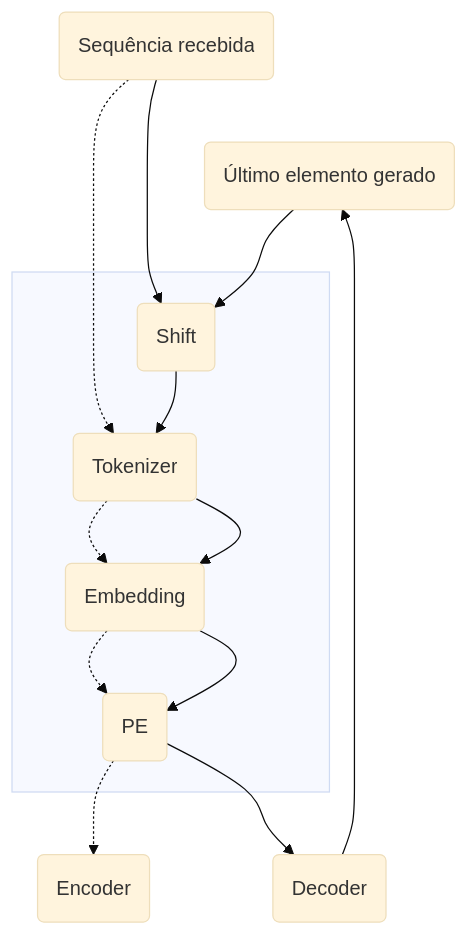
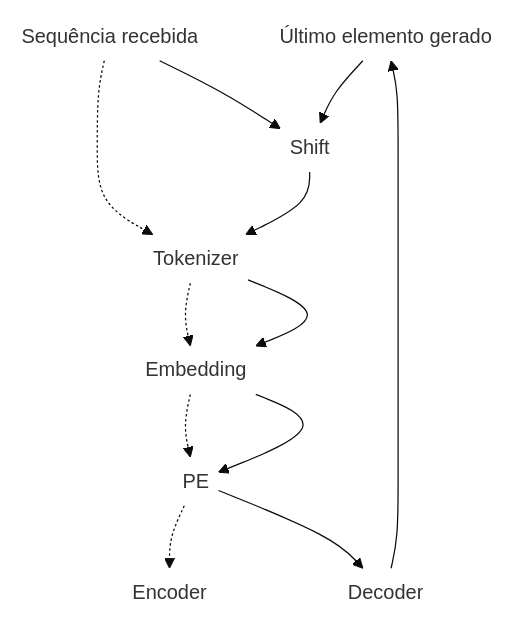
Before and after one commit to eshiraishi/eshiraishi.github.io: the second of 7 diagrams in src/content/posts/transformers.md, drawn with Mermaid (base theme). The commit also changed other lines of this file and 3 other files, not shown here.

Commit message:
feat: remove borders from diagrams

````diff
--- a/src/content/posts/transformers.md
+++ b/src/content/posts/transformers.md
@@ -1428,31 +1428,28 @@
 ```mermaid
 flowchart
-    lastToken(Último elemento gerado)
-    input(Sequência recebida)
+    lastToken@{ shape: text, label: "Último elemento gerado" }
+    input@{ shape: text, label: "Sequência recebida" }
     
-    subgraph p[ ]
-    shift(Shift)
-    embedding(Embedding)
-    pose(PE)
-    tokenizer(Tokenizer)
-    end
+    shift@{ shape: text, label: "Shift" }
+    embedding@{ shape: text, label: "Embedding" }
+    pose@{ shape: text, label: "PE" }
+    tokenizer@{ shape: text, label: "Tokenizer" }
     
-    encoder(Encoder)
-    decoder(Decoder)
+    encoder@{ shape: text, label: "Encoder" }
+    decoder@{ shape: text, label: "Decoder" }
 
-    input ~~~ lastToken
 
     input -.-> tokenizer
     input & lastToken --> shift --> tokenizer
 
     tokenizer -.-> embedding
     tokenizer --> embedding
 
     embedding -.-> pose
     embedding --> pose
 
     pose -.-> encoder
     pose --> decoder
 
     decoder --> lastToken
 ```
````
